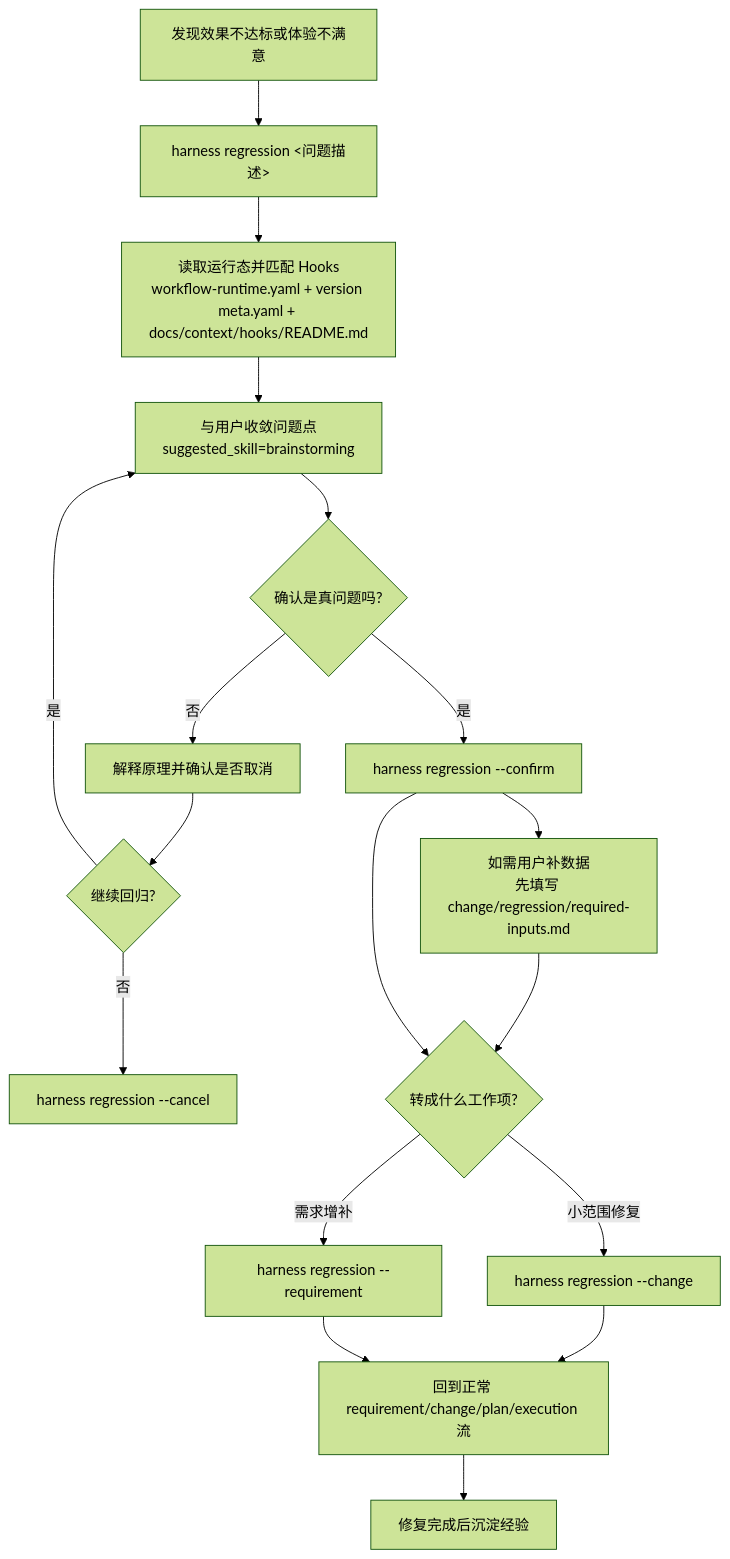
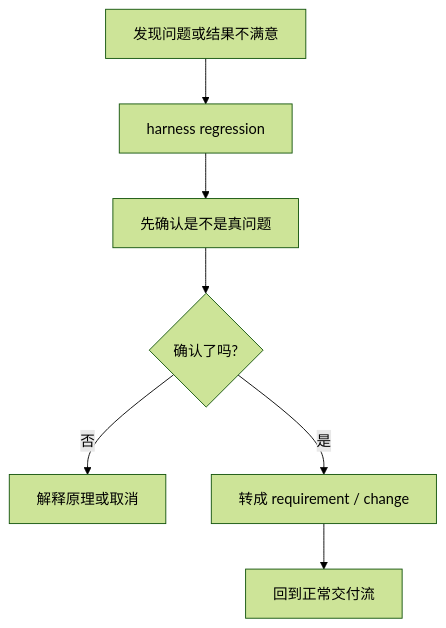
Before and after one commit to togally/harness-workflow: the second of 4 diagrams in README.md, drawn with Mermaid (forest theme). The commit also changed other lines of this file and 4 other files, not shown here.

````diff
--- a/README.md
+++ b/README.md
@@ -330,20 +238,9 @@
 ```mermaid
 flowchart TD
-    A["发现效果不达标或体验不满意"] --> B["harness regression <问题描述>"]
-    B --> C["读取运行态并匹配 Hooks<br/>workflow-runtime.yaml + version meta.yaml + docs/context/hooks/README.md"]
-    C --> D["与用户收敛问题点<br/>suggested_skill=brainstorming"]
-    D --> E{"确认是真问题吗?"}
-    E -->|否| F["解释原理并确认是否取消"]
-    F --> G{"继续回归?"}
-    G -->|否| H["harness regression --cancel"]
-    G -->|是| D
-    E -->|是| I["harness regression --confirm"]
-    I --> I2["如需用户补数据<br/>先填写 change/regression/required-inputs.md"]
-    I2 --> J
-    I --> J{"转成什么工作项?"}
-    J -->|小范围修复| K["harness regression --change"]
-    J -->|需求增补| L["harness regression --requirement"]
-    K --> M["回到正常 requirement/change/plan/execution 流"]
-    L --> M
-    M --> N["修复完成后沉淀经验"]
+    A["发现问题或结果不满意"] --> B["harness regression"]
+    B --> C["先确认是不是真问题"]
+    C --> D{"确认了吗?"}
+    D -->|否| E["解释原理或取消"]
+    D -->|是| F["转成 requirement / change"]
+    F --> G["回到正常交付流"]
 ```
````
